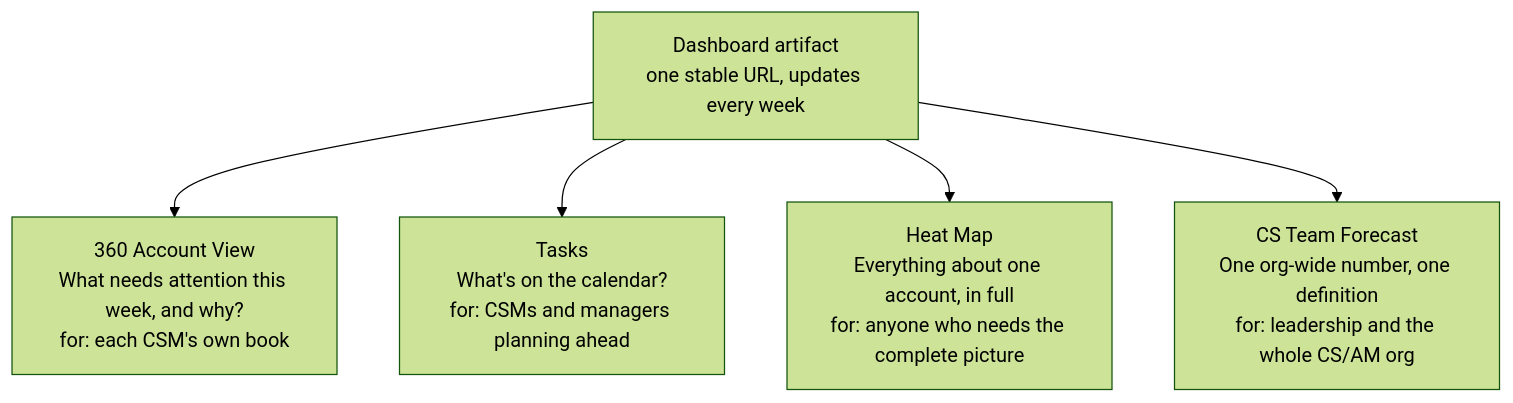
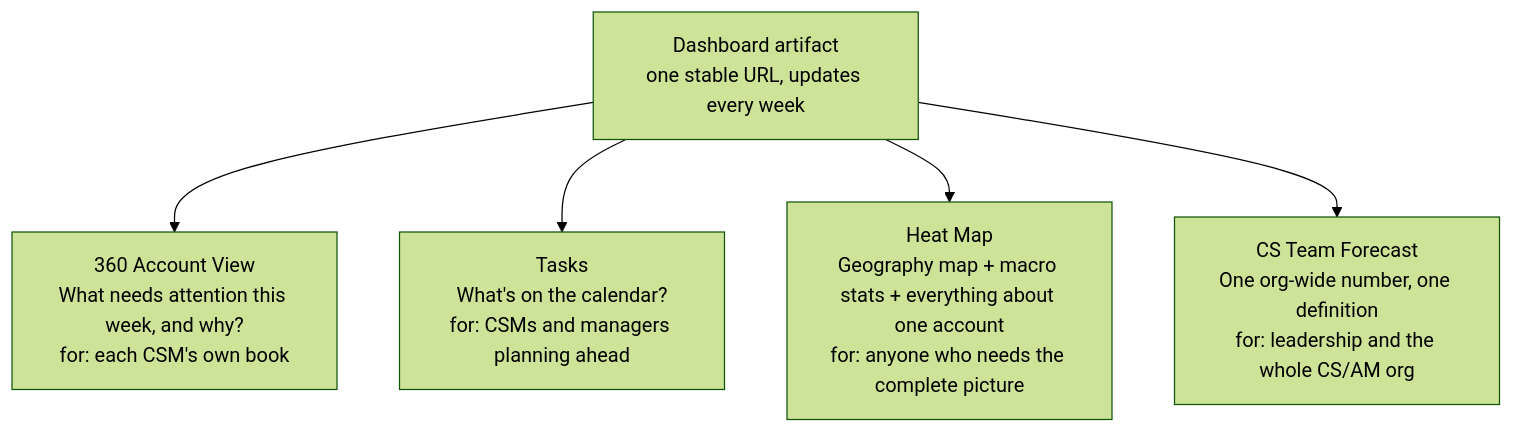
Before and after one commit to radhasjag/cs-agent-tutorial: the diagram in README.md, drawn with Mermaid (forest theme). The commit also changed other lines of this file and 1 other file, not shown here.

First line of the commit message:
Document the Heat Map tab's geography map and macro stats

````diff
--- a/README.md
+++ b/README.md
@@ -107,8 +107,8 @@
 ```mermaid
 flowchart TD
     D["Dashboard artifact<br/>one stable URL, updates every week"]
     D --> A["360 Account View<br/>What needs attention this week, and why?<br/>for: each CSM's own book"]
     D --> B["Tasks<br/>What's on the calendar?<br/>for: CSMs and managers planning ahead"]
-    D --> C["Heat Map<br/>Everything about one account, in full<br/>for: anyone who needs the complete picture"]
+    D --> C["Heat Map<br/>Geography map + macro stats + everything about one account<br/>for: anyone who needs the complete picture"]
     D --> E["CS Team Forecast<br/>One org-wide number, one definition<br/>for: leadership and the whole CS/AM org"]
 ```
````
